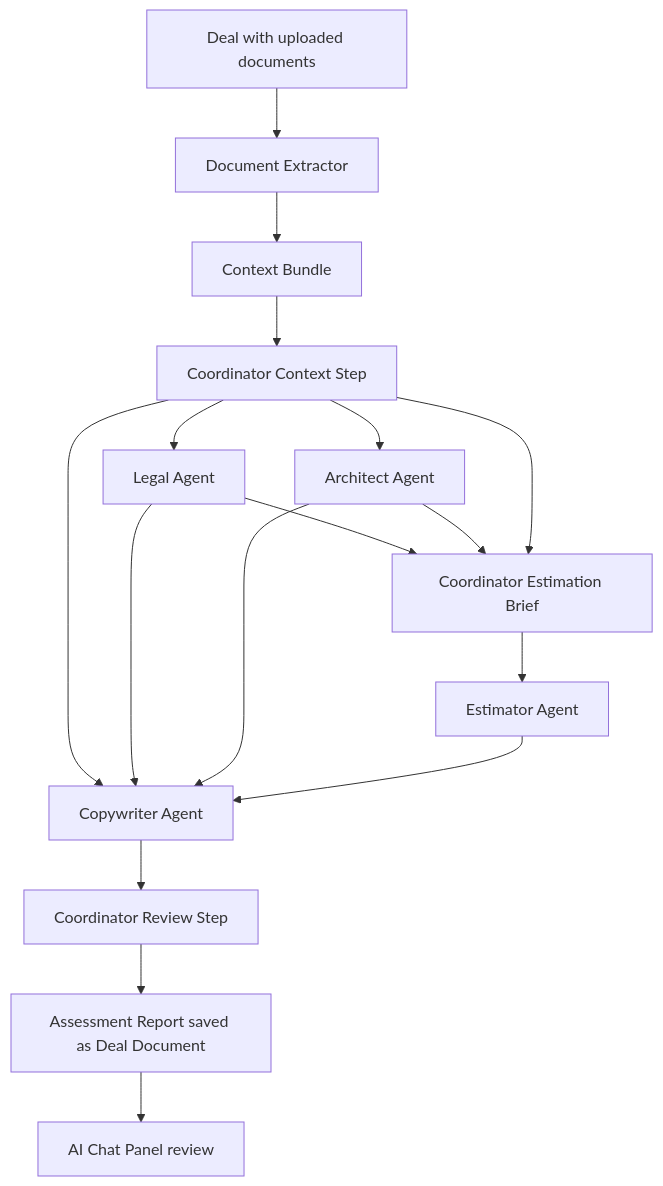
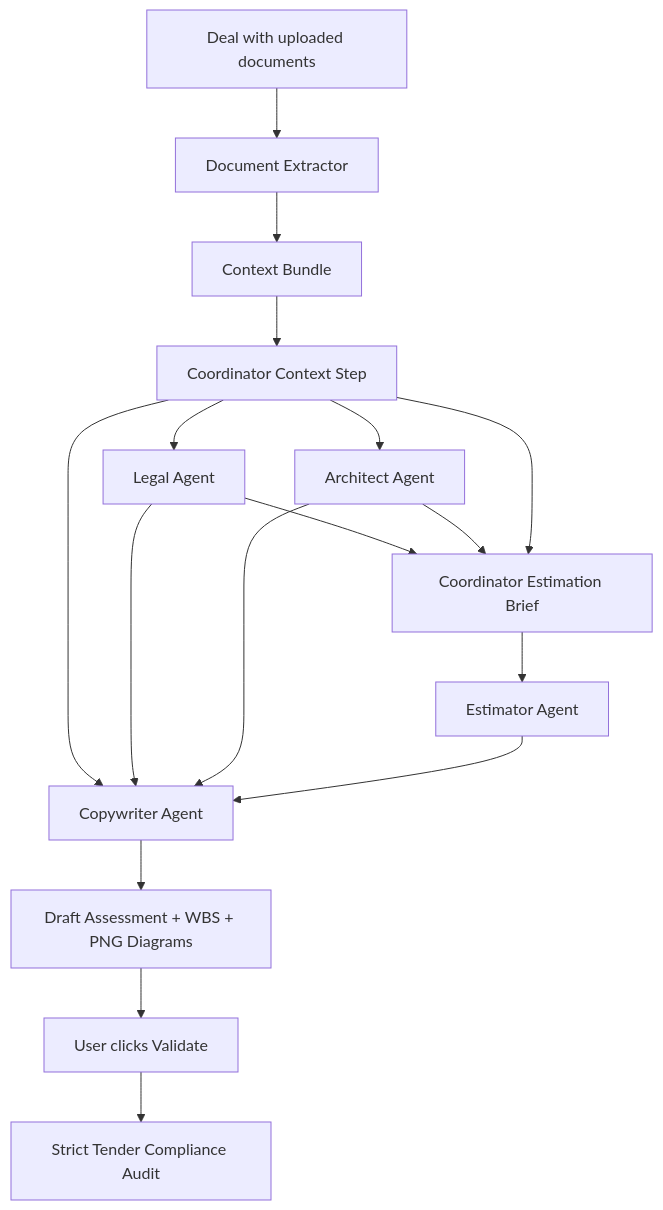
One commit to zc84/RFPulse changed the diagram in README.md. Above: the diagram before and after it, drawn with Mermaid. The commit also changed other lines of this file and 42 other files, not shown here.

````diff
--- a/README.md
+++ b/README.md
@@ -60,19 +60,19 @@
 ```mermaid
 flowchart TD
     A[Deal with uploaded documents] --> B[Document Extractor]
     B --> C[Context Bundle]
     C --> D[Coordinator Context Step]
     D --> E[Legal Agent]
     D --> F[Architect Agent]
     E --> G[Coordinator Estimation Brief]
     F --> G
     D --> G
     G --> H[Estimator Agent]
     D --> I[Copywriter Agent]
     E --> I
     F --> I
     H --> I
-    I --> J[Coordinator Review Step]
-    J --> K[Assessment Report saved as Deal Document]
-    K --> L[AI Chat Panel review]
+    I --> J[Draft Assessment + WBS + PNG Diagrams]
+    J --> K[User clicks Validate]
+    K --> L[Strict Tender Compliance Audit]
 ```
````
